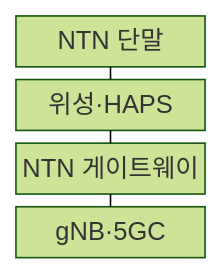
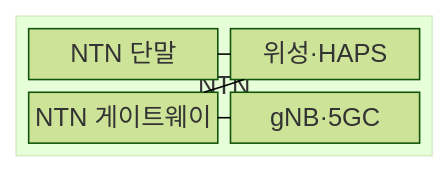
One commit to agnusdei1207/knowledge-base changed the first of 2 diagrams in src/content/docs/notes/04-network/044_non_terrestrial_network.md. Above: the diagram before and after it, drawn with Mermaid (forest theme). The commit also changed other lines of this file and 20 other files, not shown here.

````diff
--- a/src/content/docs/notes/04-network/044_non_terrestrial_network.md
+++ b/src/content/docs/notes/04-network/044_non_terrestrial_network.md
@@ -61,11 +63,14 @@
 ```mermaid
-block-beta
+block
     columns 1
-    A["NTN 단말"]
-    B["위성·HAPS"]
-    C["NTN 게이트웨이"]
-    D["gNB·5GC"]
-    A --- B
-    B --- C
-    C --- D
+    block:NETWORK["NTN"]
+        columns 2
+        UE["NTN 단말"]
+        SAT["위성·HAPS"]
+        GW["NTN 게이트웨이"]
+        CORE["gNB·5GC"]
+    end
+    UE --- SAT
+    SAT --- GW
+    GW --- CORE
 ```
````
